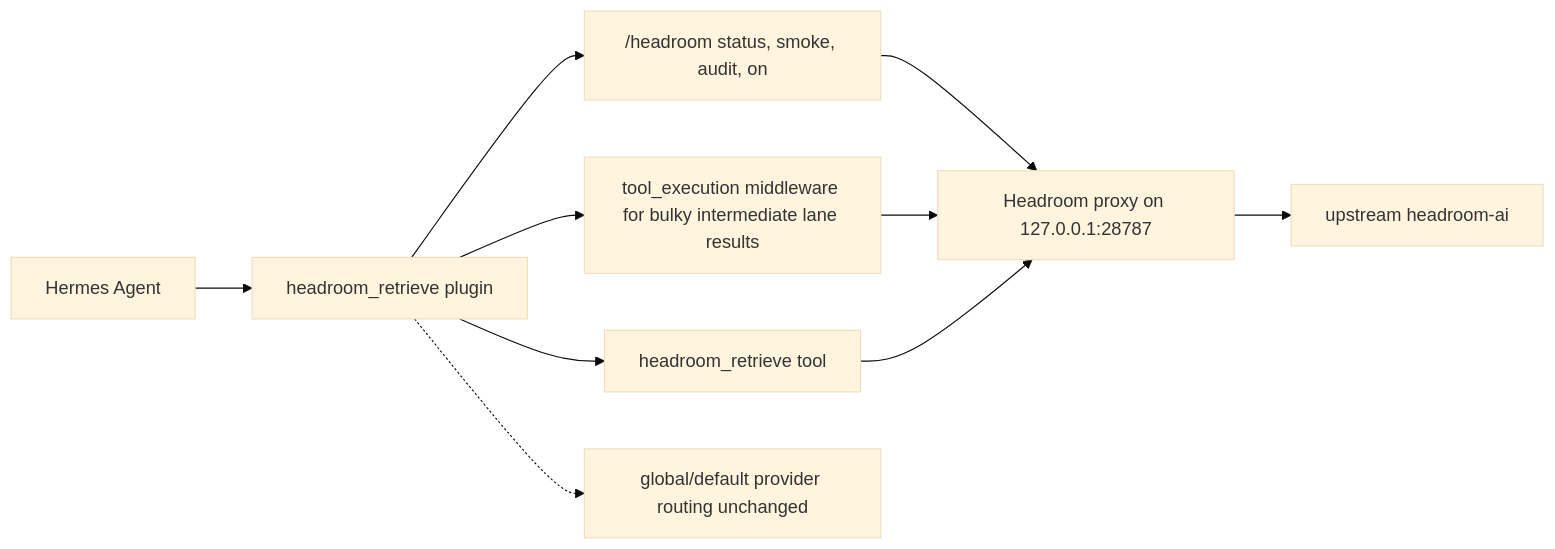
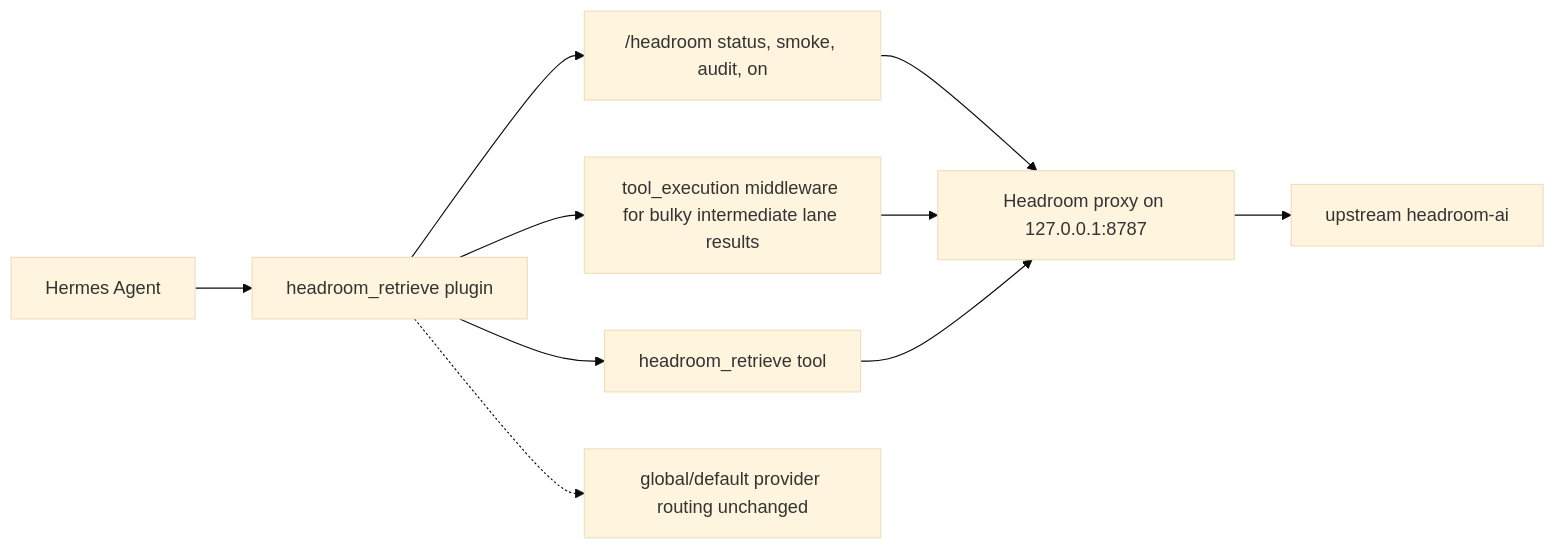
One commit to arotonal-ai/hermes-headroom-plugin changed the diagram in README.md. Above: the diagram before and after it, drawn with Mermaid (base theme). The commit also changed other lines of this file and 15 other files, not shown here.

````diff
--- a/README.md
+++ b/README.md
@@ -375,12 +375,12 @@
 ```mermaid
 flowchart LR
   H["Hermes Agent"] --> P["headroom_retrieve plugin"]
   P --> C["/headroom status, smoke, audit, on"]
   P --> T["headroom_retrieve tool"]
   P --> M["tool_execution middleware for bulky intermediate lane results"]
-  C --> X["Headroom proxy on 127.0.0.1:28787"]
+  C --> X["Headroom proxy on 127.0.0.1:8787"]
   M --> X
   T --> X
   X --> U["upstream headroom-ai"]
   P -.-> R["global/default provider routing unchanged"]
 ```
````
